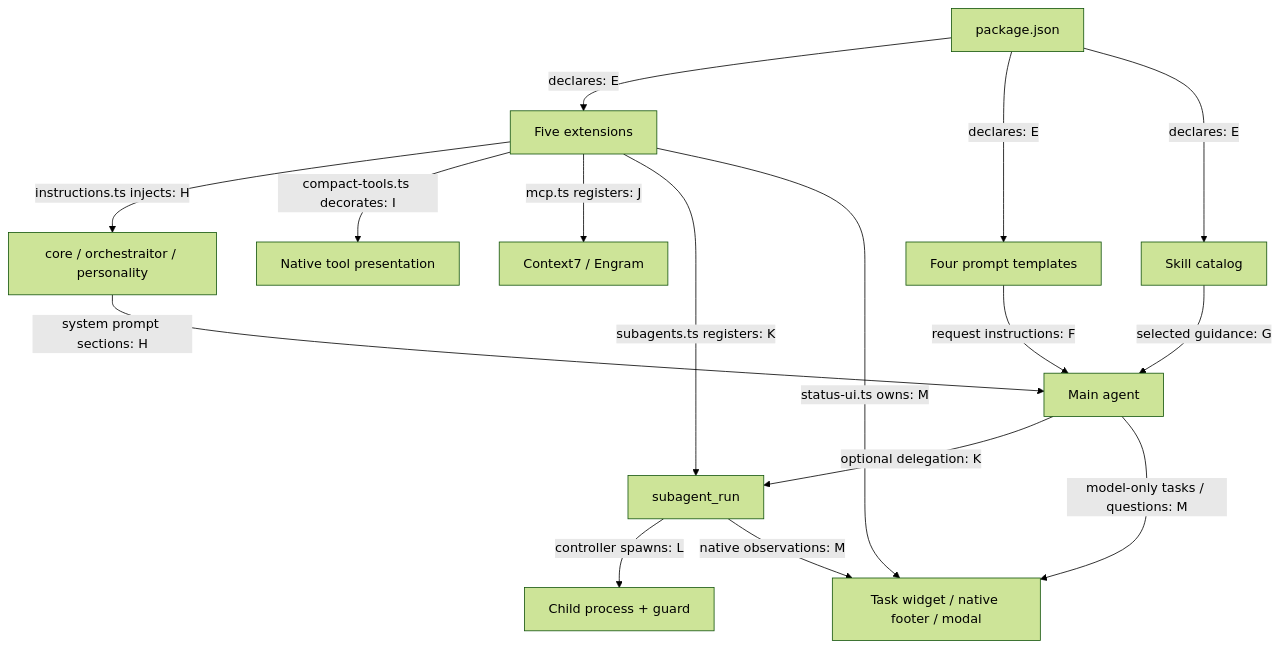
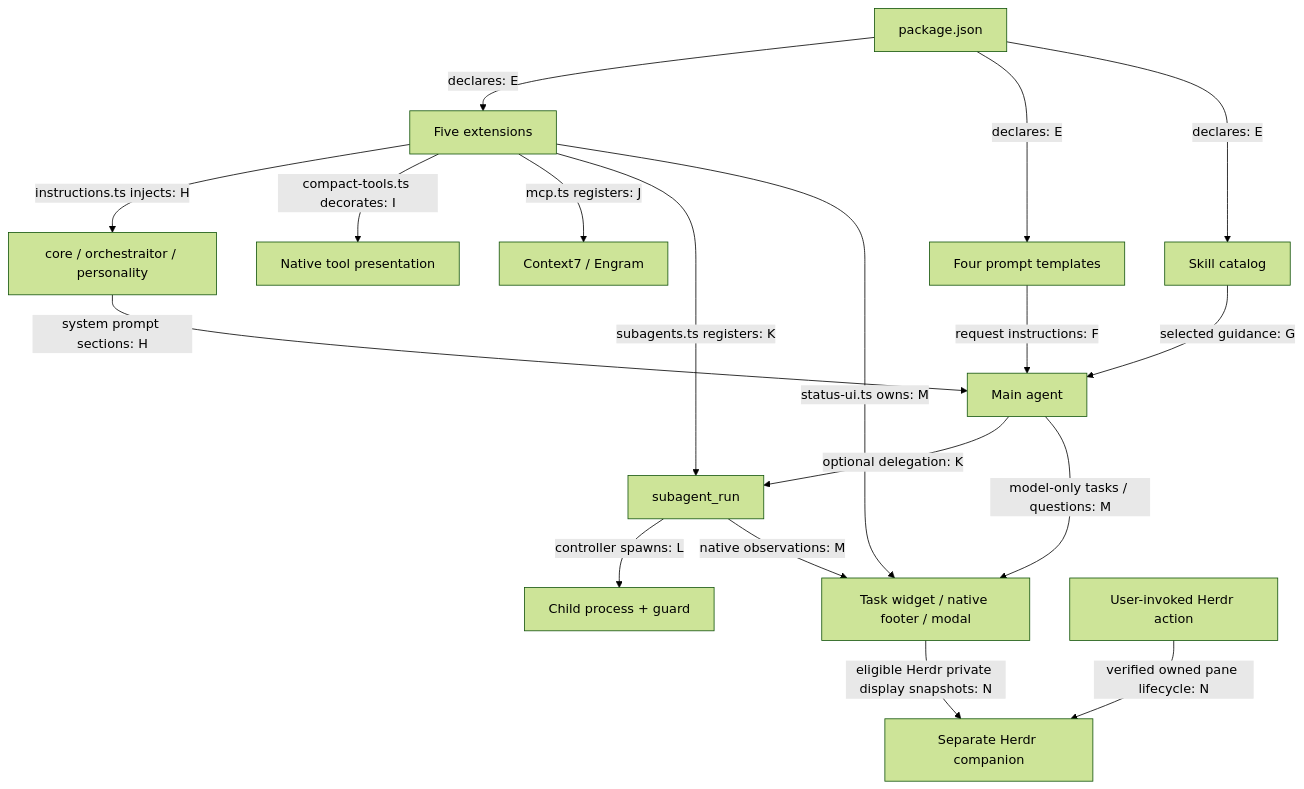
Before and after one commit to andresnator/pi-orchestraitor: the second of 2 diagrams in docs/architecture/index.md, drawn with Mermaid (forest theme). The commit also changed other lines of this file and 15 other files, not shown here.

````diff
--- a/docs/architecture/index.md
+++ b/docs/architecture/index.md
@@ -37,18 +37,20 @@
 ```mermaid
 flowchart TB
   M[package.json] -->|declares: E| X[Five extensions]
   M -->|declares: E| P[Four prompt templates]
   M -->|declares: E| S[Skill catalog]
   P -->|request instructions: F| A[Main agent]
   S -->|selected guidance: G| A
   X -->|instructions.ts injects: H| I[core / orchestraitor / personality]
   I -->|system prompt sections: H| A
   X -->|compact-tools.ts decorates: I| T[Native tool presentation]
   X -->|mcp.ts registers: J| MCP[Context7 / Engram]
   X -->|subagents.ts registers: K| SR[subagent_run]
   A -->|optional delegation: K| SR
   SR -->|controller spawns: L| CH[Child process + guard]
   X -->|status-ui.ts owns: M| UI[Task widget / native footer / modal]
   SR -->|native observations: M| UI
   A -->|model-only tasks / questions: M| UI
+  UI -->|eligible Herdr private display snapshots: N| WB[Separate Herdr companion]
+  HA[User-invoked Herdr action] -->|verified owned pane lifecycle: N| WB
 ```
````
